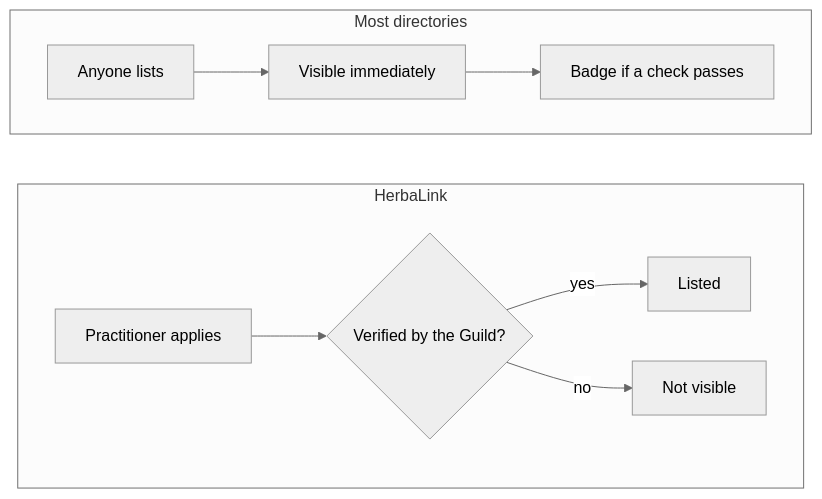
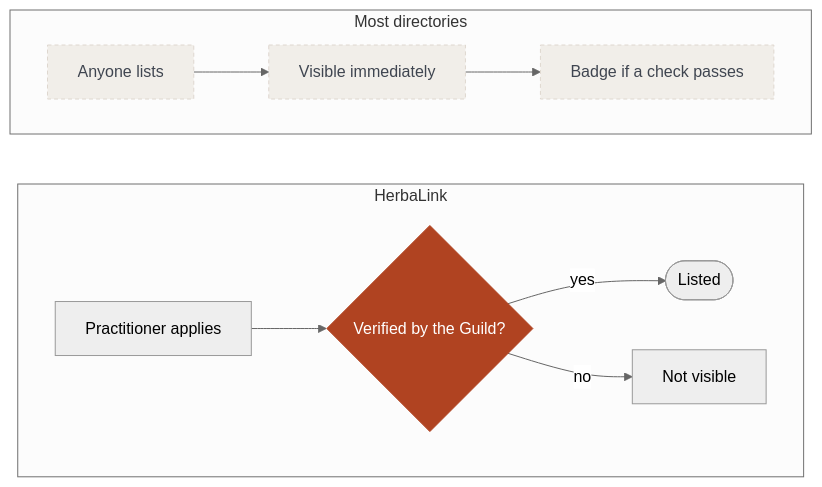
Before and after one commit to hbarsky00/barsky-design-canvas: the diagram in docs/diagrams/herbalink/verification-gate.mmd, drawn with Mermaid (neutral theme). The commit also changed 53 other files, not shown here.

First line of the commit message:
Redraw every diagram so they read at 1:1 and stop looking like one template

```diff
--- a/docs/diagrams/herbalink/verification-gate.mmd
+++ b/docs/diagrams/herbalink/verification-gate.mmd
@@ -1,11 +1,17 @@
 flowchart LR
+  classDef old fill:#F1EEE9,stroke:#DED7CF,color:#3F4550,stroke-dasharray:4 3
+  classDef gate fill:#B04321,stroke:#B04321,color:#FFFFFF
+  classDef out fill:#FBFAF8,stroke:#DED7CF,color:#3F4550,stroke-dasharray:4 3
+  classDef ai fill:#FFFFFF,stroke:#3F4550,color:#231E1A
   subgraph GATE[HerbaLink]
     direction LR
     h1[Practitioner applies] --> h2{Verified by the Guild?}
-    h2 -->|yes| h3[Listed]
+    h2 -->|yes| h3([Listed])
     h2 -->|no| h4[Not visible]
   end
   subgraph BADGE[Most directories]
     direction LR
     m1[Anyone lists] --> m2[Visible immediately] --> m3[Badge if a check passes]
   end
+  class m1,m2,m3 old
+  class h2 gate
```
